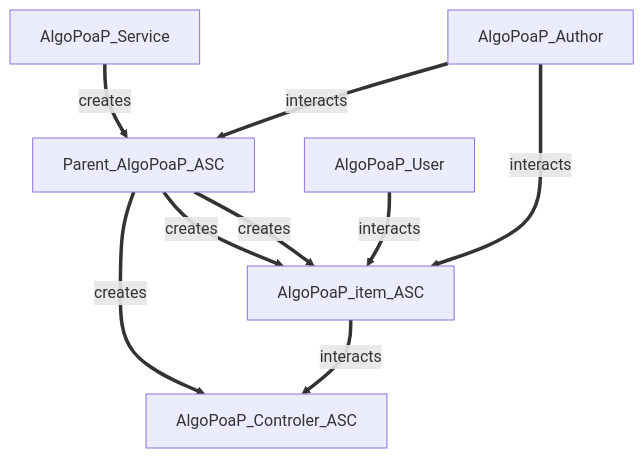
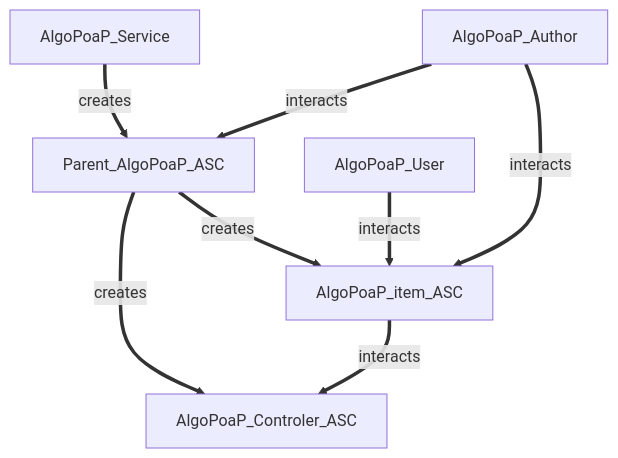
Before and after one commit to Sun-C0ffee/algopoap-smartcontracts: the first of 2 diagrams in README.md, drawn with Mermaid.

````diff
--- a/README.md
+++ b/README.md
@@ -11,11 +11,11 @@
 ```mermaid
   graph TD;
       AlgoPoaP_Service== creates ==>Parent_AlgoPoaP_ASC;
       Parent_AlgoPoaP_ASC== creates ==>AlgoPoaP_Controler_ASC;
       Parent_AlgoPoaP_ASC== creates ==>AlgoPoaP_item_ASC;
-      Parent_AlgoPoaP_ASC== creates ==>AlgoPoaP_item_ASC;
+      
       AlgoPoaP_User== interacts ==>AlgoPoaP_item_ASC;
       AlgoPoaP_item_ASC== interacts ==>AlgoPoaP_Controler_ASC;
       AlgoPoaP_Author== interacts ==>Parent_AlgoPoaP_ASC;
       AlgoPoaP_Author== interacts ==>AlgoPoaP_item_ASC;
 ```
````
